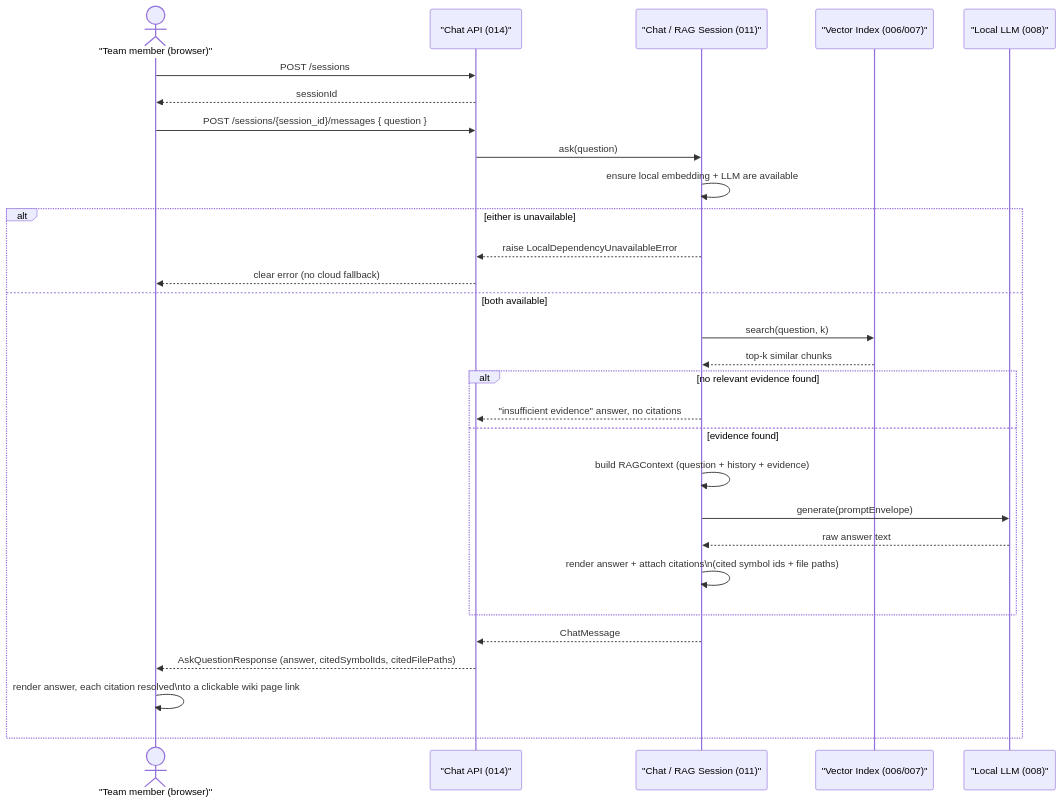
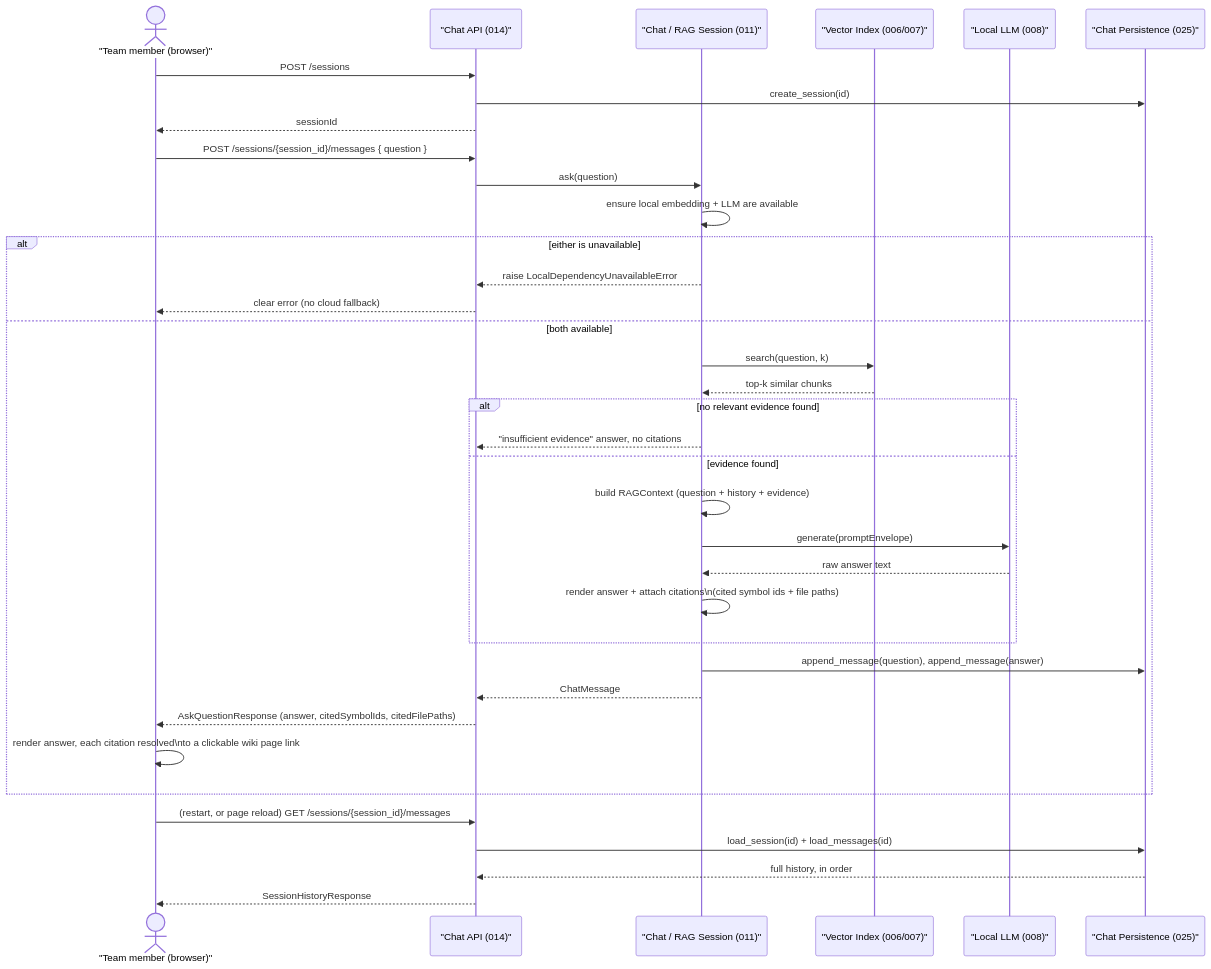
The diagram in docs/diagrams/sequence-diagrams/03-chat-rag.md (yassinelalaoui/codepedia), drawn with Mermaid before and after one commit. The commit also changed other lines of this file and 35 other files, not shown here.

First line of the commit message:
Add chat session persistence across server restarts

````diff
--- a/docs/diagrams/sequence-diagrams/03-chat-rag.md
+++ b/docs/diagrams/sequence-diagrams/03-chat-rag.md
@@ -8,33 +12,41 @@
 ```mermaid
 sequenceDiagram
     actor Reader as "Team member (browser)"
     participant ChatApiApp as "Chat API (014)"
     participant ChatSession as "Chat / RAG Session (011)"
     participant VectorIndex as "Vector Index (006/007)"
     participant LocalLLMEngine as "Local LLM (008)"
+    participant ChatStore as "Chat Persistence (025)"
 
     Reader->>ChatApiApp: POST /sessions
+    ChatApiApp->>ChatStore: create_session(id)
     ChatApiApp-->>Reader: sessionId
 
     Reader->>ChatApiApp: POST /sessions/{session_id}/messages { question }
     ChatApiApp->>ChatSession: ask(question)
     ChatSession->>ChatSession: ensure local embedding + LLM are available
     alt either is unavailable
         ChatSession-->>ChatApiApp: raise LocalDependencyUnavailableError
         ChatApiApp-->>Reader: clear error (no cloud fallback)
     else both available
         ChatSession->>VectorIndex: search(question, k)
         VectorIndex-->>ChatSession: top-k similar chunks
         alt no relevant evidence found
             ChatSession-->>ChatApiApp: "insufficient evidence" answer, no citations
         else evidence found
             ChatSession->>ChatSession: build RAGContext (question + history + evidence)
             ChatSession->>LocalLLMEngine: generate(promptEnvelope)
             LocalLLMEngine-->>ChatSession: raw answer text
             ChatSession->>ChatSession: render answer + attach citations\n(cited symbol ids + file paths)
         end
+        ChatSession->>ChatStore: append_message(question), append_message(answer)
         ChatSession-->>ChatApiApp: ChatMessage
         ChatApiApp-->>Reader: AskQuestionResponse (answer, citedSymbolIds, citedFilePaths)
         Reader->>Reader: render answer, each citation resolved\nto a clickable wiki page link
     end
+
+    Reader->>ChatApiApp: (restart, or page reload) GET /sessions/{session_id}/messages
+    ChatApiApp->>ChatStore: load_session(id) + load_messages(id)
+    ChatStore-->>ChatApiApp: full history, in order
+    ChatApiApp-->>Reader: SessionHistoryResponse
 ```
````
